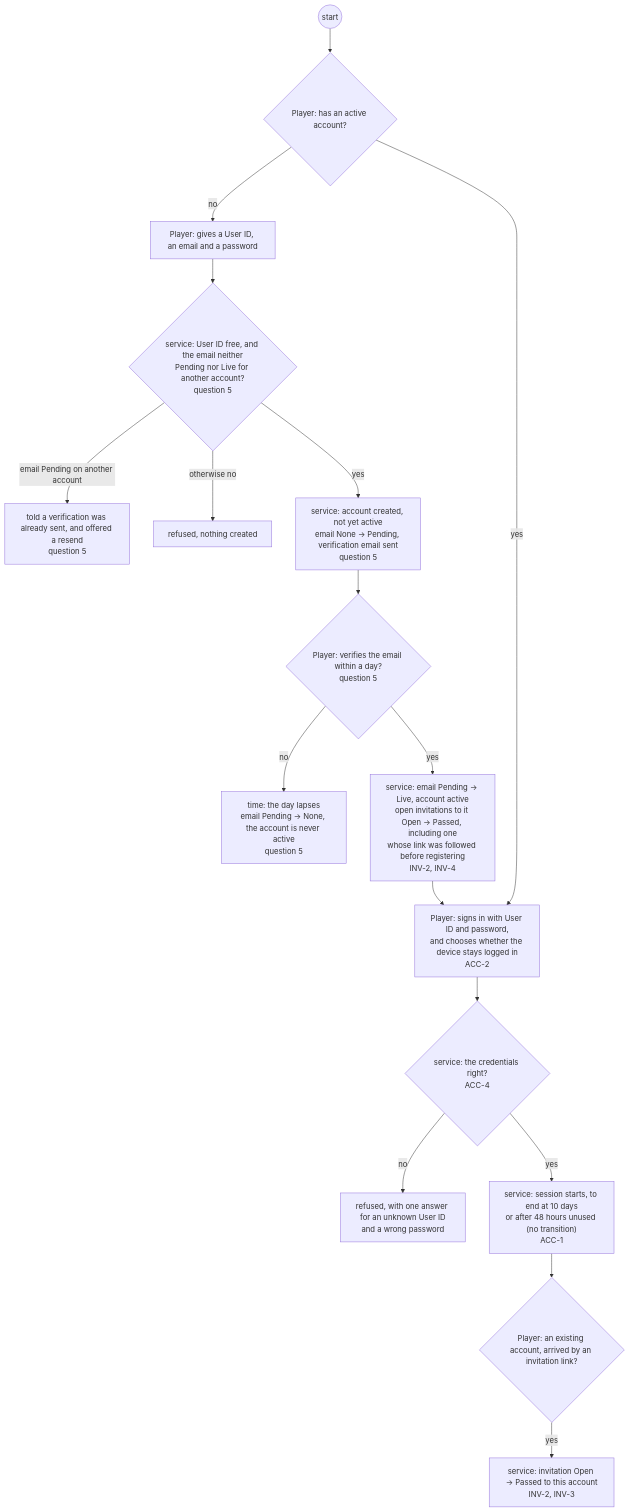
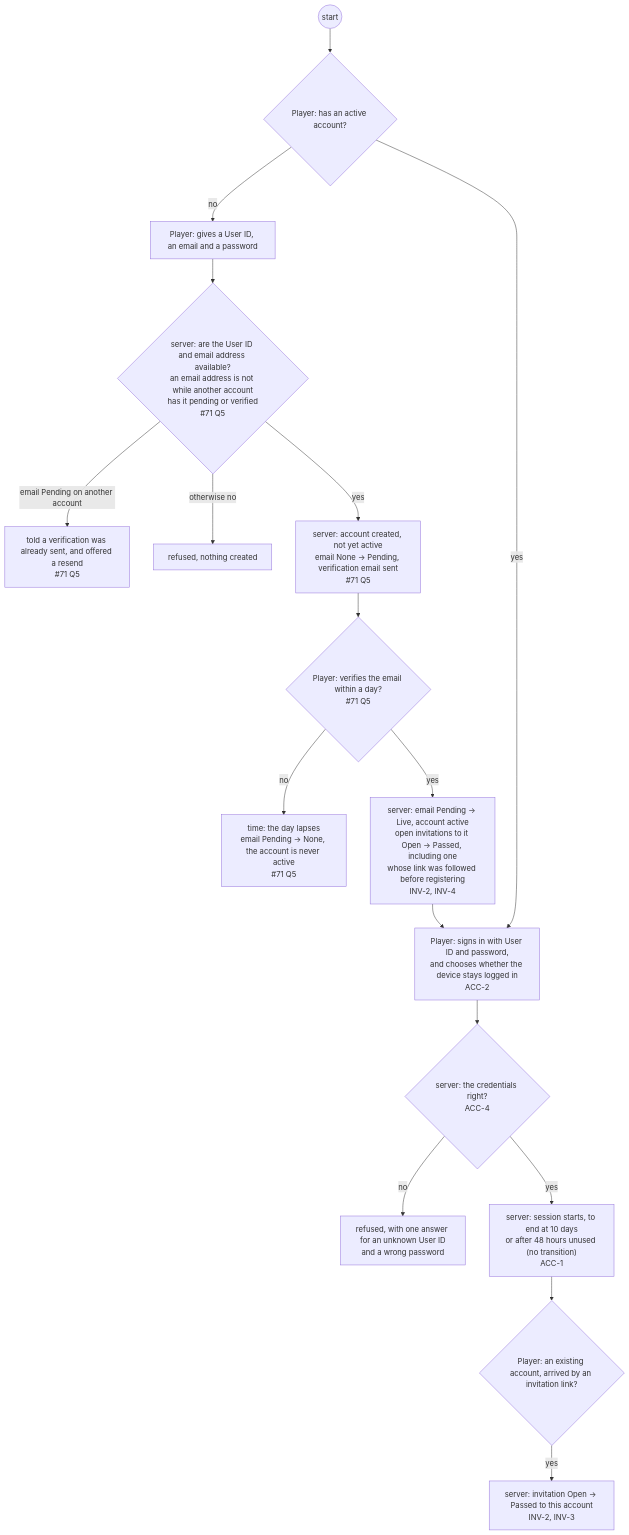
The third of 29 diagrams in docs/changes/workstreams/application-game-architecture/71-one-game-model/71-functional.md (delphside/programme), drawn with Mermaid before and after one commit. The commit also changed other lines of this file, not shown here.

First line of the commit message:
app 0.9.2 api 2.16: 71: Tile Lite Elite Server, server steps, and question references name #71

````diff
--- a/docs/changes/workstreams/application-game-architecture/71-one-game-model/71-functional.md
+++ b/docs/changes/workstreams/application-game-architecture/71-one-game-model/71-functional.md
@@ -102,19 +102,19 @@
 ```mermaid
 flowchart TD
   s0((start)) --> d0{"Player: has an active account?"}
   d0 -- no --> p1["Player: gives a User ID, an email and a password"]
-  p1 --> v2{"service: User ID free, and the email neither<br/>Pending nor Live for another account?<br/>question 5"}
-  v2 -- "email Pending on another account" --> r4["told a verification was already sent, and offered a resend<br/>question 5"]
+  p1 --> v2{"server: are the User ID and email address available?<br/>an email address is not while another account<br/>has it pending or verified<br/>#71 Q5"}
+  v2 -- "email Pending on another account" --> r4["told a verification was already sent, and offered a resend<br/>#71 Q5"]
   v2 -- "otherwise no" --> r2["refused, nothing created"]
-  v2 -- yes --> t1["service: account created, not yet active<br/>email None → Pending, verification email sent<br/>question 5"]
-  t1 --> d1{"Player: verifies the email within a day?<br/>question 5"}
-  d1 -- no --> t2["time: the day lapses<br/>email Pending → None, the account is never active<br/>question 5"]
-  d1 -- yes --> t3["service: email Pending → Live, account active<br/>open invitations to it Open → Passed, including one<br/>whose link was followed before registering<br/>INV-2, INV-4"]
+  v2 -- yes --> t1["server: account created, not yet active<br/>email None → Pending, verification email sent<br/>#71 Q5"]
+  t1 --> d1{"Player: verifies the email within a day?<br/>#71 Q5"}
+  d1 -- no --> t2["time: the day lapses<br/>email Pending → None, the account is never active<br/>#71 Q5"]
+  d1 -- yes --> t3["server: email Pending → Live, account active<br/>open invitations to it Open → Passed, including one<br/>whose link was followed before registering<br/>INV-2, INV-4"]
   d0 -- yes --> p2["Player: signs in with User ID and password,<br/>and chooses whether the device stays logged in<br/>ACC-2"]
   t3 --> p2
-  p2 --> v3{"service: the credentials right?<br/>ACC-4"}
+  p2 --> v3{"server: the credentials right?<br/>ACC-4"}
   v3 -- no --> r3["refused, with one answer for an unknown User ID<br/>and a wrong password"]
-  v3 -- yes --> t4["service: session starts, to end at 10 days<br/>or after 48 hours unused (no transition)<br/>ACC-1"]
+  v3 -- yes --> t4["server: session starts, to end at 10 days<br/>or after 48 hours unused (no transition)<br/>ACC-1"]
   t4 --> d2{"Player: an existing account, arrived by an invitation link?"}
-  d2 -- yes --> t5["service: invitation Open → Passed to this account<br/>INV-2, INV-3"]
+  d2 -- yes --> t5["server: invitation Open → Passed to this account<br/>INV-2, INV-3"]
 ```
````
